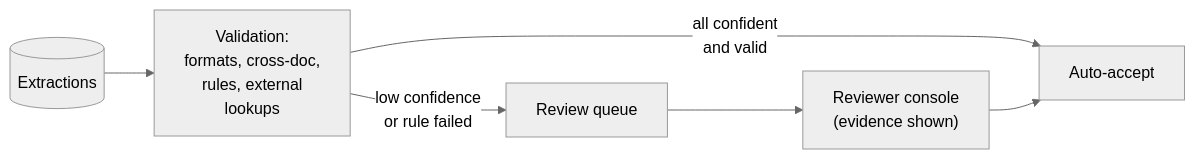
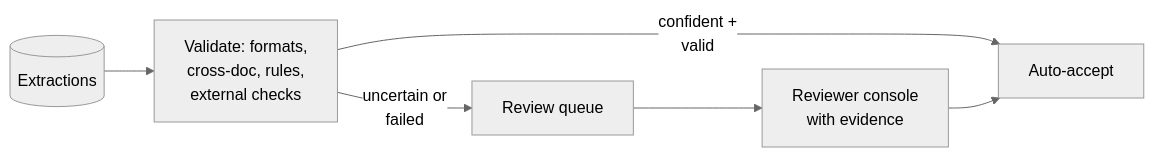
Before and after one commit to shubamchaudhary/CodeNITW: the third of 3 diagrams in src/Data/aiStackDocs/DP-08.md, drawn with Mermaid (neutral theme). The commit also changed other lines of this file and 15 other files, not shown here.

````diff
--- a/src/Data/aiStackDocs/DP-08.md
+++ b/src/Data/aiStackDocs/DP-08.md
@@ -100,8 +91,8 @@
 ```mermaid
 flowchart LR
-    EX[("Extractions")] --> VAL["Validation:<br/>formats, cross-doc,<br/>rules, external<br/>lookups"]
-    VAL -->|"all confident<br/>and valid"| OK["Auto-accept"]
-    VAL -->|"low confidence<br/>or rule failed"| RQ["Review queue"]
-    RQ --> RV["Reviewer console<br/>(evidence shown)"]
+    EX[("Extractions")] --> VAL["Validate: formats,<br/>cross-doc, rules,<br/>external checks"]
+    VAL -->|"confident +<br/>valid"| OK["Auto-accept"]
+    VAL -->|"uncertain or<br/>failed"| RQ["Review queue"]
+    RQ --> RV["Reviewer console<br/>with evidence"]
     RV --> OK
 ```
````
